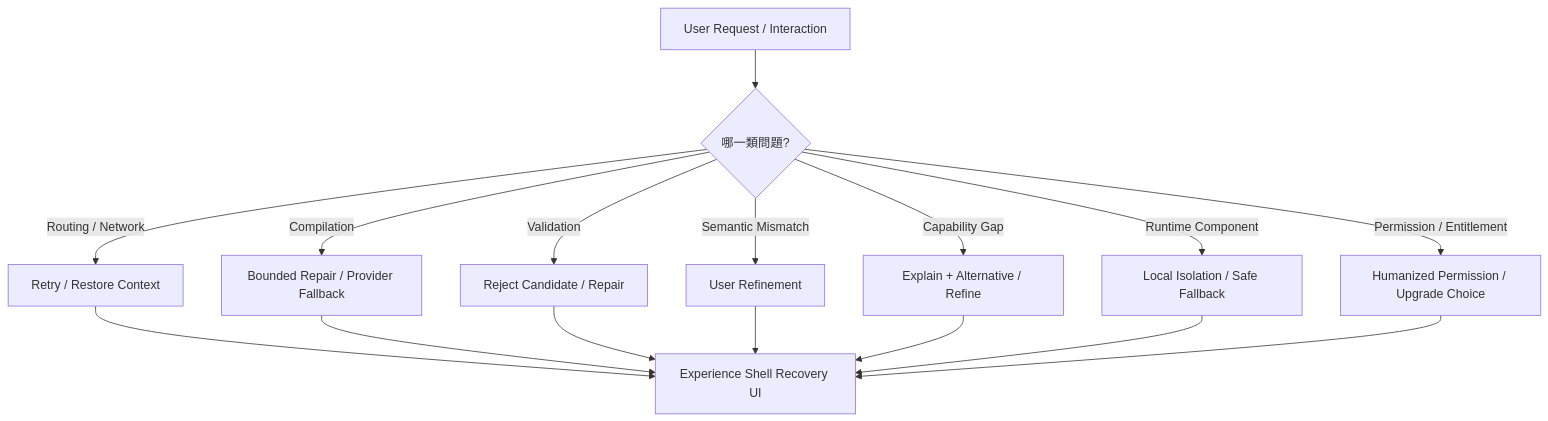
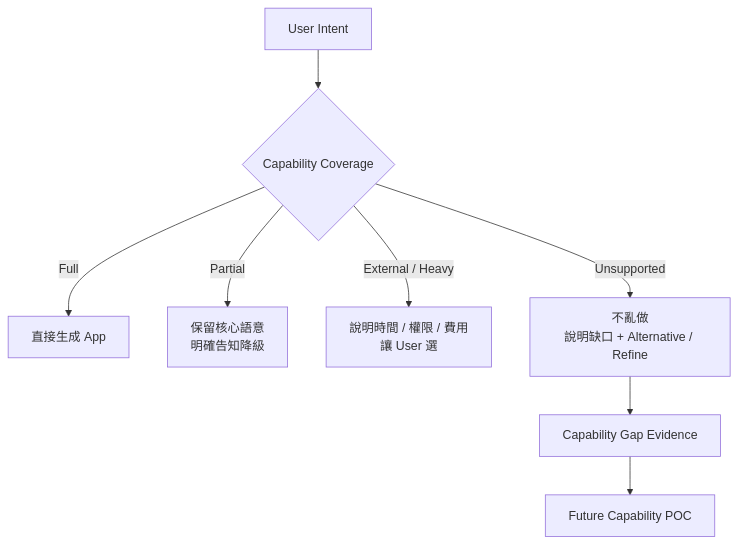
Before and after one commit to NFF98/NodeFF: the fourth of 9 diagrams in working/APP-ARCHITECTURE.md, drawn with Mermaid. The commit also changed other lines of this file, not shown here.

Commit message:
docs: reorganize app architecture around systems flows and roadmap

```diff
--- a/working/APP-ARCHITECTURE.md
+++ b/working/APP-ARCHITECTURE.md
@@ -478,20 +239,12 @@
 ~~~mermaid
 flowchart TD
-    A[User Request / Interaction] --> B{哪一類問題?}
+    I[User Intent] --> C{Capability Coverage}
 
-    B -->|Routing / Network| R1[Retry / Restore Context]
-    B -->|Compilation| R2[Bounded Repair / Provider Fallback]
-    B -->|Validation| R3[Reject Candidate / Repair]
-    B -->|Semantic Mismatch| R4[User Refinement]
-    B -->|Capability Gap| R5[Explain + Alternative / Refine]
-    B -->|Runtime Component| R6[Local Isolation / Safe Fallback]
-    B -->|Permission / Entitlement| R7[Humanized Permission / Upgrade Choice]
+    C -->|Full| A[直接生成 App]
+    C -->|Partial| B["保留核心語意<br/>明確告知降級"]
+    C -->|External / Heavy| X["說明時間 / 權限 / 費用<br/>讓 User 選"]
+    C -->|Unsupported| U["不亂做<br/>說明缺口 + Alternative / Refine"]
 
-    R1 --> UX[Experience Shell Recovery UI]
-    R2 --> UX
-    R3 --> UX
-    R4 --> UX
-    R5 --> UX
-    R6 --> UX
-    R7 --> UX
+    U --> G[Capability Gap Evidence]
+    G --> P[Future Capability POC]
 ~~~
```
